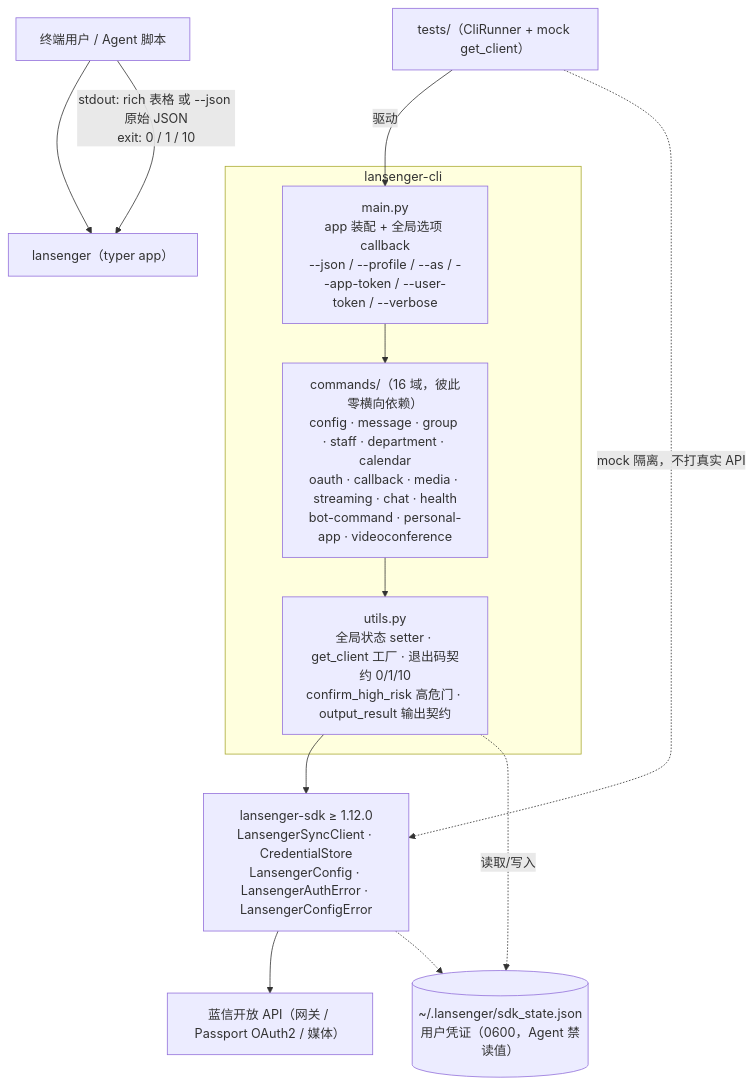
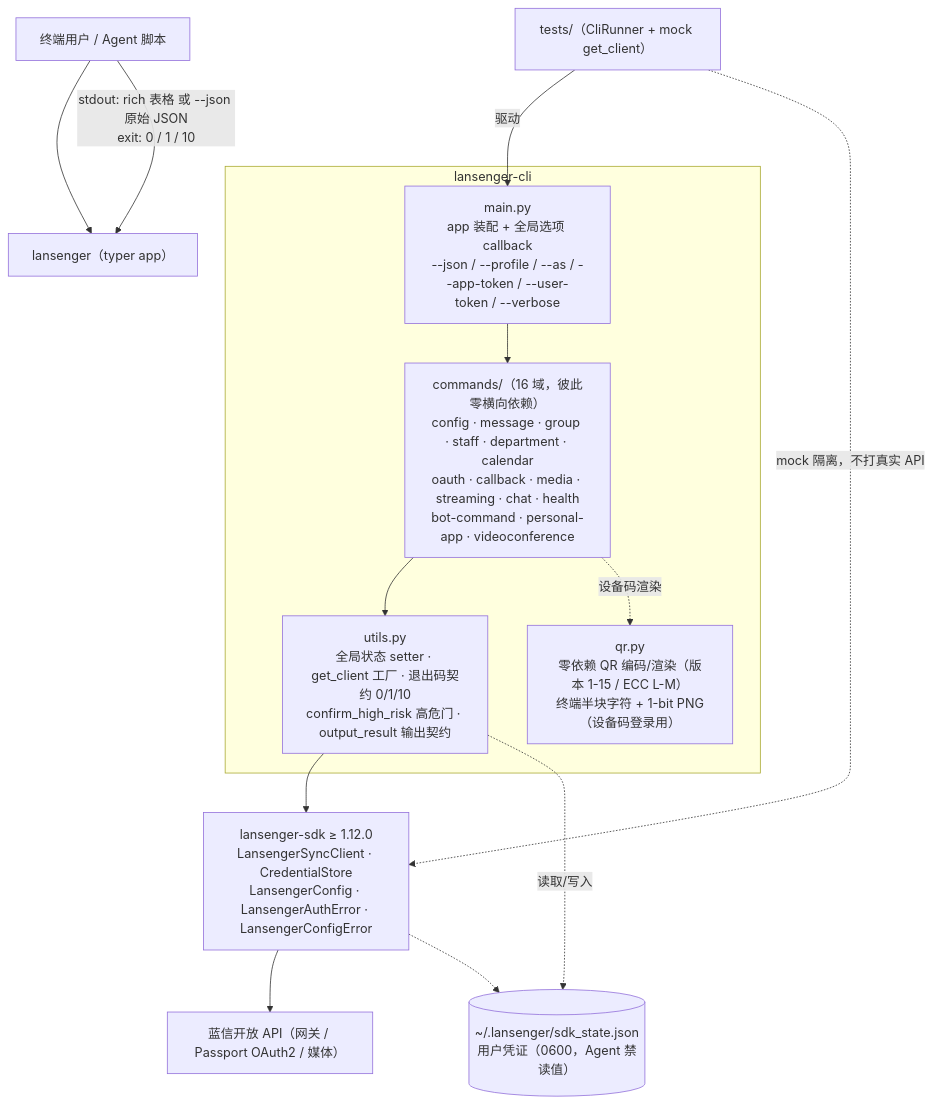
The diagram in docs/architecture.md (lansenger-pm/lansenger-cli), drawn with Mermaid before and after one commit. The commit also changed other lines of this file and 14 other files, not shown here.

First line of the commit message:
feat(oauth): render the device-flow QR in the terminal (--qr / --qr-png)

````diff
--- a/docs/architecture.md
+++ b/docs/architecture.md
@@ -8,23 +8,25 @@
 ```mermaid
 flowchart TD
     U["终端用户 / Agent 脚本"] --> CLI["lansenger（typer app）"]
 
     subgraph CLI包["lansenger-cli"]
         MAIN["main.py<br/>app 装配 + 全局选项 callback<br/>--json / --profile / --as / --app-token / --user-token / --verbose"]
         CMDS["commands/（16 域，彼此零横向依赖）<br/>config · message · group · staff · department · calendar<br/>oauth · callback · media · streaming · chat · health<br/>bot-command · personal-app · videoconference"]
         UTILS["utils.py<br/>全局状态 setter · get_client 工厂 · 退出码契约 0/1/10<br/>confirm_high_risk 高危门 · output_result 输出契约"]
+        QR["qr.py<br/>零依赖 QR 编码/渲染（版本 1-15 / ECC L-M）<br/>终端半块字符 + 1-bit PNG（设备码登录用）"]
     end
 
     SDK["lansenger-sdk ≥ 1.12.0<br/>LansengerSyncClient · CredentialStore<br/>LansengerConfig · LansengerAuthError · LansengerConfigError"]
     API["蓝信开放 API（网关 / Passport OAuth2 / 媒体）"]
 
     TESTS["tests/（CliRunner + mock get_client）"]
     STORE[("~/.lansenger/sdk_state.json<br/>用户凭证（0600，Agent 禁读值）")]
 
     U -->|"stdout: rich 表格 或 --json 原始 JSON<br/>exit: 0 / 1 / 10"| CLI
     MAIN --> CMDS --> UTILS --> SDK --> API
+    CMDS -.设备码渲染.-> QR
     UTILS -.读取/写入.-> STORE
     SDK -.-> STORE
     TESTS -->|"驱动"| MAIN
     TESTS -.->|"mock 隔离，不打真实 API"| SDK
 ```
````
